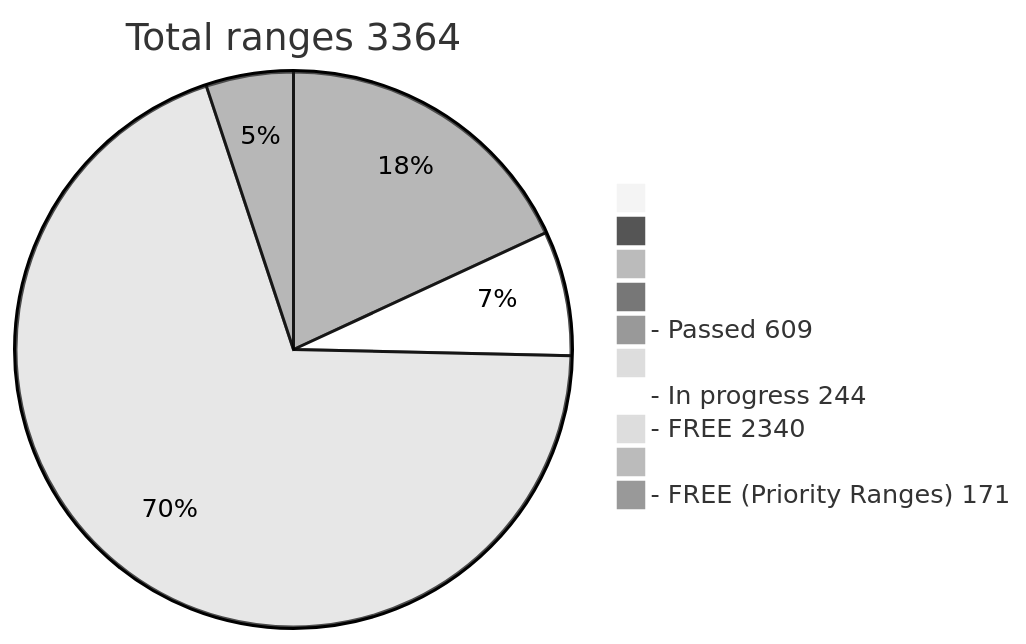
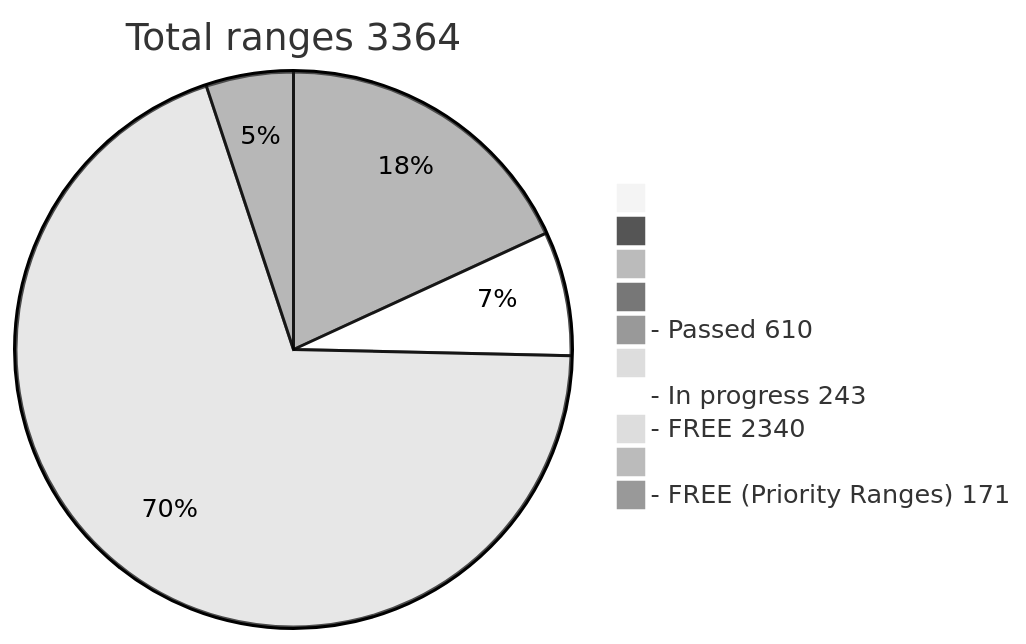
The diagram in README.md (phrutis/wif500), drawn with Mermaid (neutral theme) before and after one commit.

````diff
--- a/README.md
+++ b/README.md
@@ -16,13 +16,13 @@
 ```mermaid
 pie title Total ranges 3364
              " " : 0
             "  " : 0
            "   " : 0
           "    " : 0
-  "- Passed 609" : 609
+  "- Passed 610" : 610
          "     " : 0
-  "- In progress 244" : 244
+  "- In progress 243" : 243
    "- FREE 2340" : 2340
         "      " : 0
   "- FREE (Priority Ranges) 171" : 171
 ```
````
